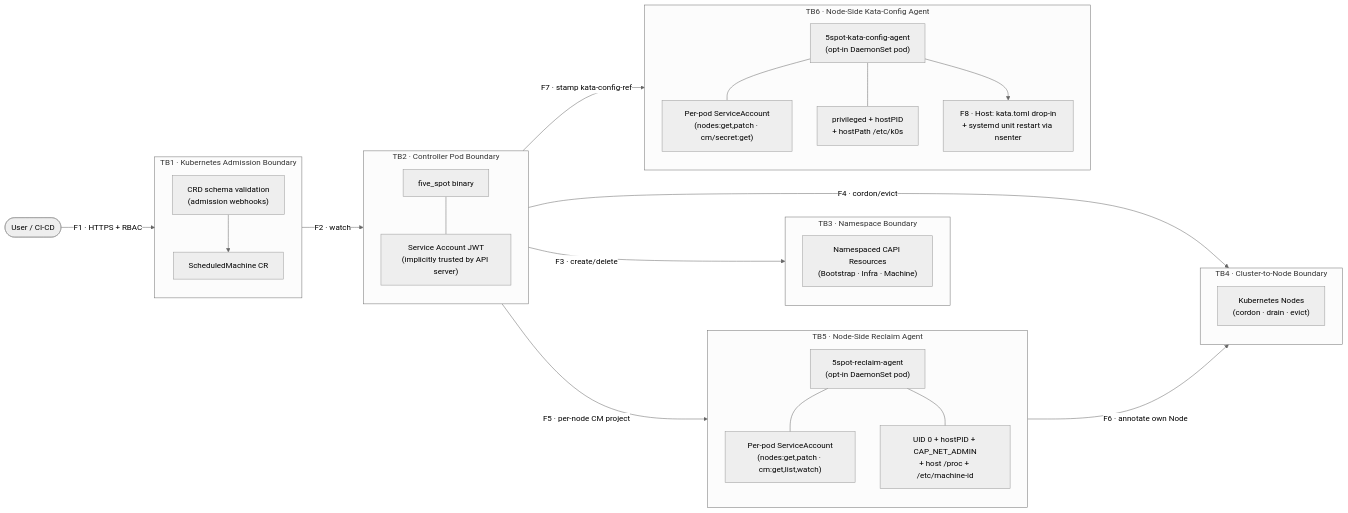
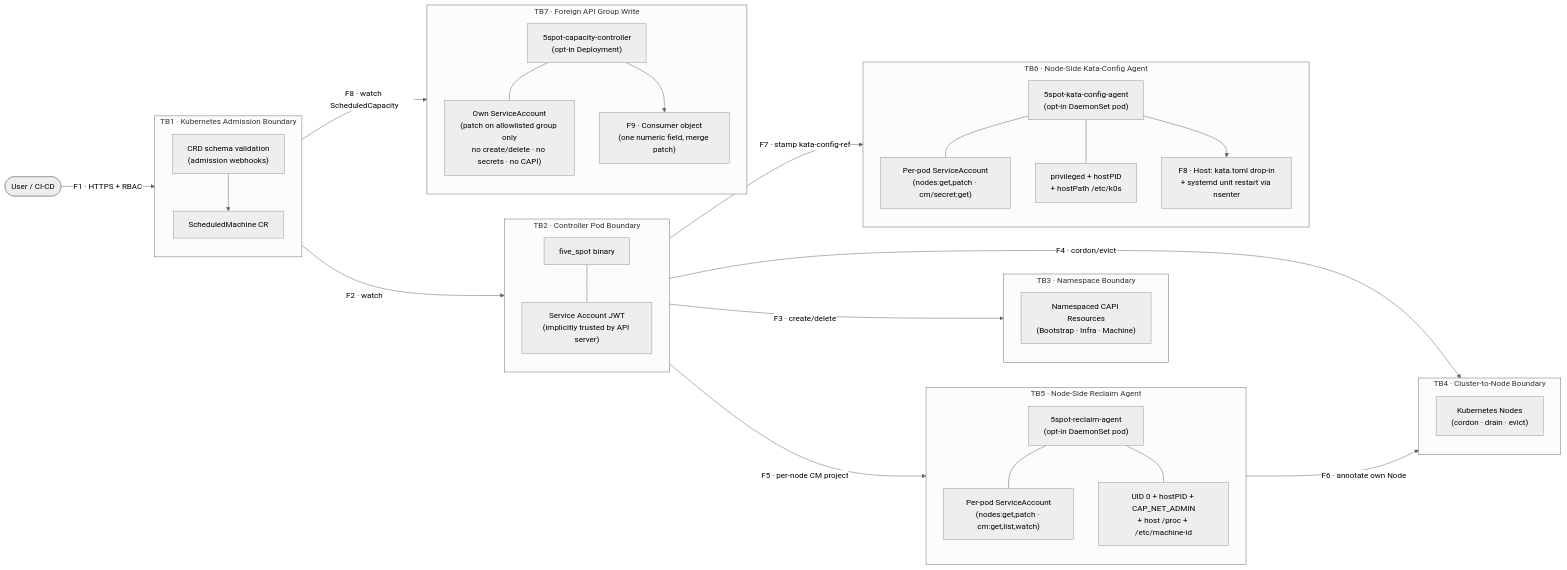
One commit to finos/5-spot changed the second of 2 diagrams in docs/src/security/threat-model.md. Above: the diagram before and after it, drawn with Mermaid (neutral theme). The commit also changed other lines of this file and 9 other files, not shown here.

````diff
--- a/docs/src/security/threat-model.md
+++ b/docs/src/security/threat-model.md
@@ -103,56 +121,66 @@
 ```mermaid
 flowchart LR
     User(["User / CI-CD"])
 
     subgraph TB1["TB1 · Kubernetes Admission Boundary"]
         direction TB
         AW["CRD schema validation\n(admission webhooks)"]
         SM["ScheduledMachine CR"]
         AW --> SM
     end
 
     subgraph TB2["TB2 · Controller Pod Boundary"]
         direction TB
         Bin["five_spot binary"]
         SA["Service Account JWT\n(implicitly trusted by API server)"]
         Bin --- SA
     end
 
     subgraph TB3["TB3 · Namespace Boundary"]
         direction TB
         NS["Namespaced CAPI Resources\n(Bootstrap · Infra · Machine)"]
     end
 
     subgraph TB4["TB4 · Cluster-to-Node Boundary"]
         direction TB
         Nodes["Kubernetes Nodes\n(cordon · drain · evict)"]
     end
 
     subgraph TB5["TB5 · Node-Side Reclaim Agent"]
         direction TB
         Agent["5spot-reclaim-agent\n(opt-in DaemonSet pod)"]
         AgentSA["Per-pod ServiceAccount\n(nodes:get,patch · cm:get,list,watch)"]
         Caps["UID 0 + hostPID + CAP_NET_ADMIN\n+ host /proc + /etc/machine-id"]
         Agent --- AgentSA
         Agent --- Caps
     end
 
     subgraph TB6["TB6 · Node-Side Kata-Config Agent"]
         direction TB
         KAgent["5spot-kata-config-agent\n(opt-in DaemonSet pod)"]
         KSA["Per-pod ServiceAccount\n(nodes:get,patch · cm/secret:get)"]
         KCaps["privileged + hostPID\n+ hostPath /etc/k0s"]
         KHost["F8 · Host: kata.toml drop-in\n+ systemd unit restart via nsenter"]
         KAgent --- KSA
         KAgent --- KCaps
         KAgent --> KHost
     end
 
+    subgraph TB7["TB7 · Foreign API Group Write"]
+        direction TB
+        CapCtl["5spot-capacity-controller\n(opt-in Deployment)"]
+        CapSA["Own ServiceAccount\n(patch on allowlisted group only\nno create/delete · no secrets · no CAPI)"]
+        Target["F9 · Consumer object\n(one numeric field, merge patch)"]
+        CapCtl --- CapSA
+        CapCtl --> Target
+    end
+
     User -->|"F1 · HTTPS + RBAC"| TB1
     TB1 -->|"F2 · watch"| TB2
     TB2 -->|"F3 · create/delete"| TB3
     TB2 -->|"F4 · cordon/evict"| TB4
     TB2 -->|"F5 · per-node CM project"| TB5
     TB5 -->|"F6 · annotate own Node"| TB4
     TB2 -->|"F7 · stamp kata-config-ref"| TB6
+    TB1 -->|"F8 · watch ScheduledCapacity"| TB7
 ```
````
